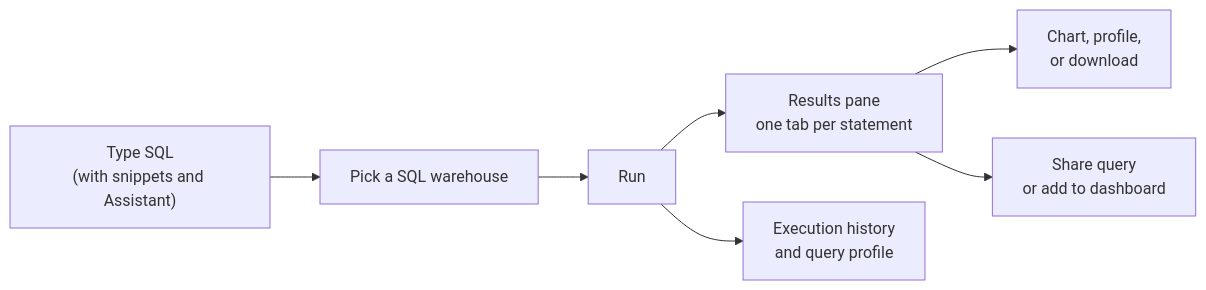
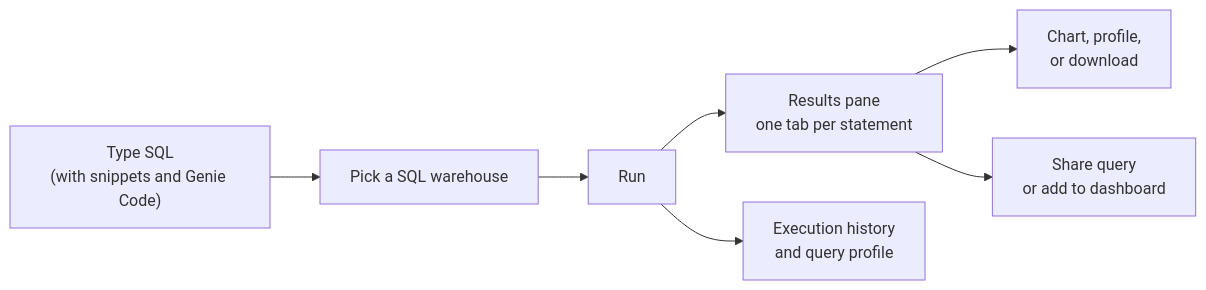
The diagram in 09_sql_bi_and_apps/SQL Editor.md (kidskoding/databricks-wiki), drawn with Mermaid before and after one commit. The commit also changed other lines of this file and 26 other files, not shown here.

````diff
--- a/09_sql_bi_and_apps/SQL Editor.md
+++ b/09_sql_bi_and_apps/SQL Editor.md
@@ -87,9 +89,9 @@
 ```mermaid
 flowchart LR
-  A["Type SQL<br/>(with snippets and Assistant)"] --> B["Pick a SQL warehouse"]
+  A["Type SQL<br/>(with snippets and Genie Code)"] --> B["Pick a SQL warehouse"]
   B --> C["Run"]
   C --> D["Results pane<br/>one tab per statement"]
   D --> E["Chart, profile,<br/>or download"]
   D --> F["Share query<br/>or add to dashboard"]
   C --> G["Execution history<br/>and query profile"]
 ```
````
